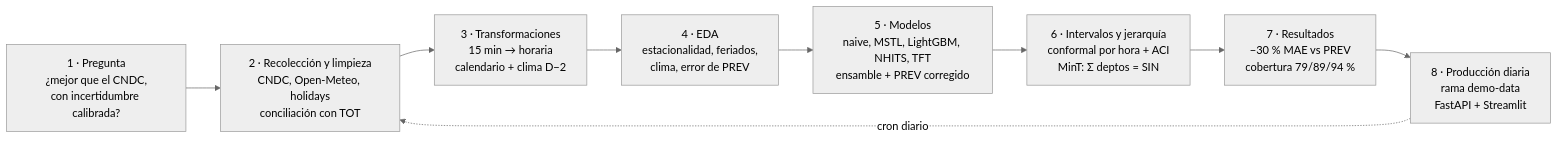
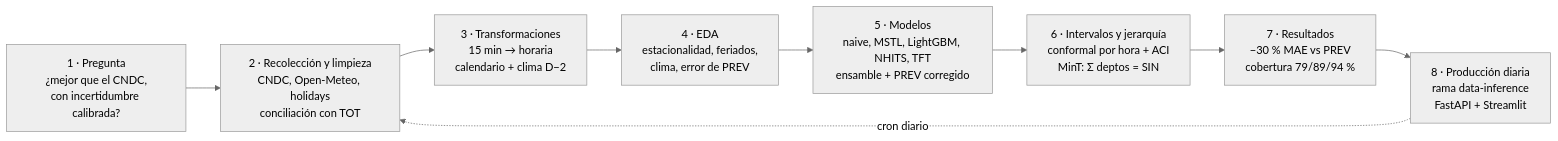
Before and after one commit to freddxvill/forecast-energia-electrica-en-bolivia: the first of 2 diagrams in README.md, drawn with Mermaid (neutral theme). The commit also changed other lines of this file and 10 other files, not shown here.

First line of the commit message:
Modelos versionados en la rama modelos y pronósticos en data-inference

````diff
--- a/README.md
+++ b/README.md
@@ -37,11 +37,11 @@
 ```mermaid
 flowchart LR
   Q["1 · Pregunta<br/>¿mejor que el CNDC,<br/>con incertidumbre calibrada?"] --> R["2 · Recolección y limpieza<br/>CNDC, Open-Meteo, holidays<br/>conciliación con TOT"]
   R --> T["3 · Transformaciones<br/>15 min → horaria<br/>calendario + clima D−2"]
   T --> E["4 · EDA<br/>estacionalidad, feriados,<br/>clima, error de PREV"]
   E --> M["5 · Modelos<br/>naive, MSTL, LightGBM, NHITS, TFT<br/>ensamble + PREV corregido"]
   M --> U["6 · Intervalos y jerarquía<br/>conformal por hora + ACI<br/>MinT: Σ deptos = SIN"]
   U --> S["7 · Resultados<br/>−30 % MAE vs PREV<br/>cobertura 79/89/94 %"]
-  S --> P["8 · Producción diaria<br/>rama demo-data<br/>FastAPI + Streamlit"]
+  S --> P["8 · Producción diaria<br/>rama data-inference<br/>FastAPI + Streamlit"]
   P -. cron diario .-> R
 ```
````
